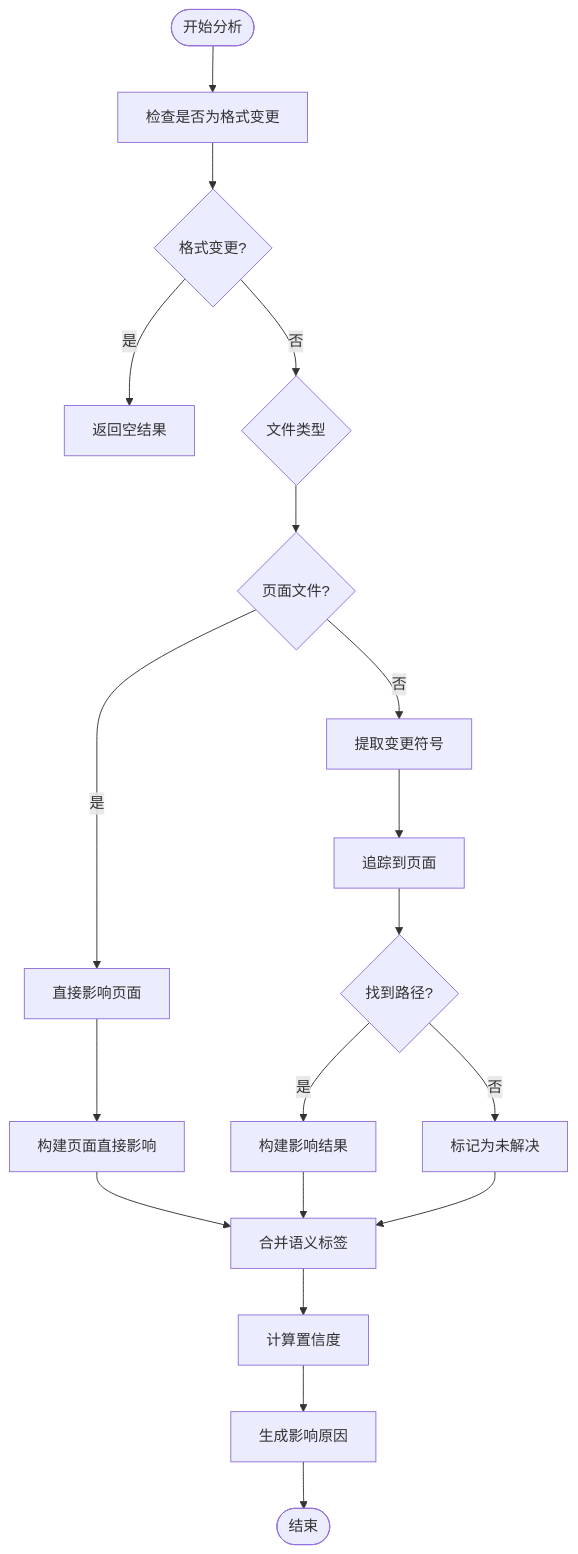
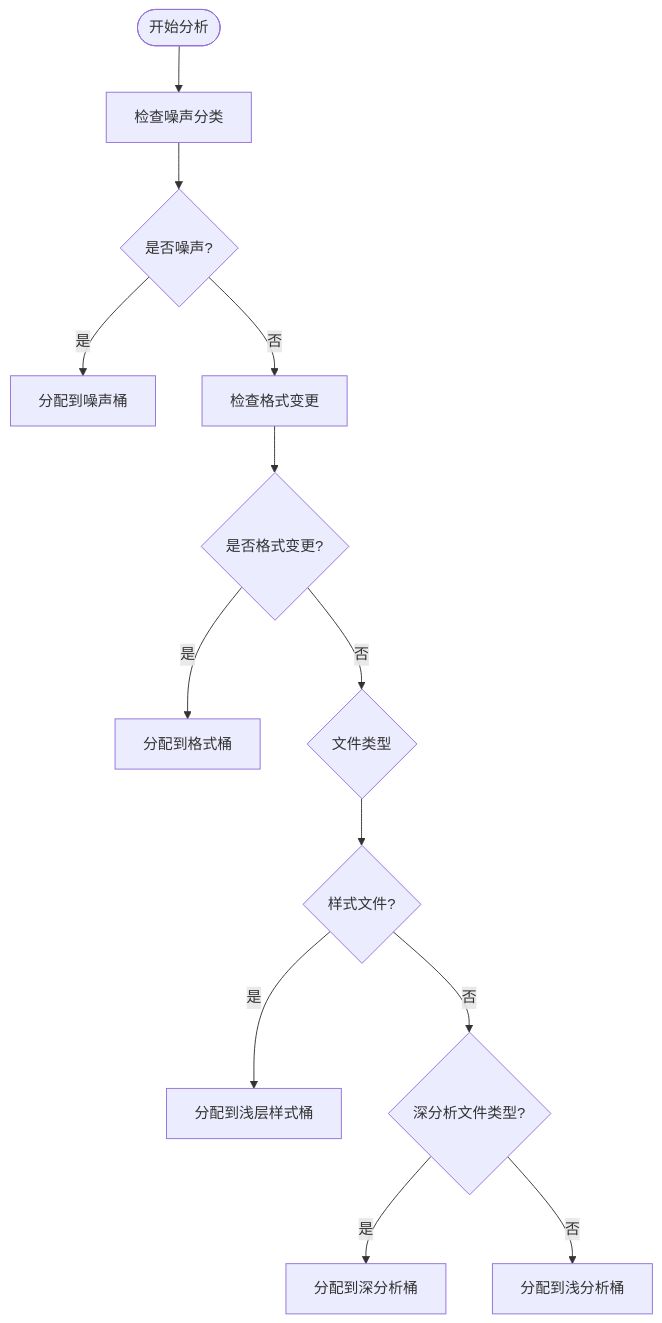
One commit to brand-new-remo/frontend-impact-analyzer changed the third of 6 diagrams in .qoder/repowiki/zh/content/API参考/核心类与方法/FrontendImpactAnalysisEngine类.md. Above: the diagram before and after it, drawn with Mermaid. The commit also changed other lines of this file and 7 other files, not shown here.

````diff
--- a/.qoder/repowiki/zh/content/API参考/核心类与方法/FrontendImpactAnalysisEngine类.md
+++ b/.qoder/repowiki/zh/content/API参考/核心类与方法/FrontendImpactAnalysisEngine类.md
@@ -210,21 +246,15 @@
 ```mermaid
 flowchart TD
-Start([开始分析]) --> CheckFormat["检查是否为格式变更"]
-CheckFormat --> IsFormat{"格式变更?"}
-IsFormat --> |是| ReturnEmpty["返回空结果"]
+Start([开始分析]) --> NoiseCheck["检查噪声分类"]
+NoiseCheck --> IsNoise{"是否噪声?"}
+IsNoise --> |是| NoiseBucket["分配到噪声桶"]
+IsNoise --> |否| FormatCheck["检查格式变更"]
+FormatCheck --> IsFormat{"是否格式变更?"}
+IsFormat --> |是| FormatBucket["分配到格式桶"]
 IsFormat --> |否| FileType{"文件类型"}
-FileType --> IsPage{"页面文件?"}
-IsPage --> |是| DirectImpact["直接影响页面"]
-IsPage --> |否| ExtractSymbols["提取变更符号"]
-DirectImpact --> BuildPageImpact["构建页面直接影响"]
-ExtractSymbols --> TraceToPages["追踪到页面"]
-TraceToPages --> HasTrace{"找到路径?"}
-HasTrace --> |否| Unresolved["标记为未解决"]
-HasTrace --> |是| BuildImpacts["构建影响结果"]
-BuildPageImpact --> MergeSemantics["合并语义标签"]
-BuildImpacts --> MergeSemantics
-Unresolved --> MergeSemantics
-MergeSemantics --> CalcConfidence["计算置信度"]
-CalcConfidence --> CalcReason["生成影响原因"]
-CalcReason --> End([结束])
+FileType --> IsStyle{"样式文件?"}
+IsStyle --> |是| StyleBucket["分配到浅层样式桶"]
+IsStyle --> |否| IsDeep{"深分析文件类型?"}
+IsDeep --> |是| DeepBucket["分配到深分析桶"]
+IsDeep --> |否| ShallowBucket["分配到浅分析桶"]
 ```
````
